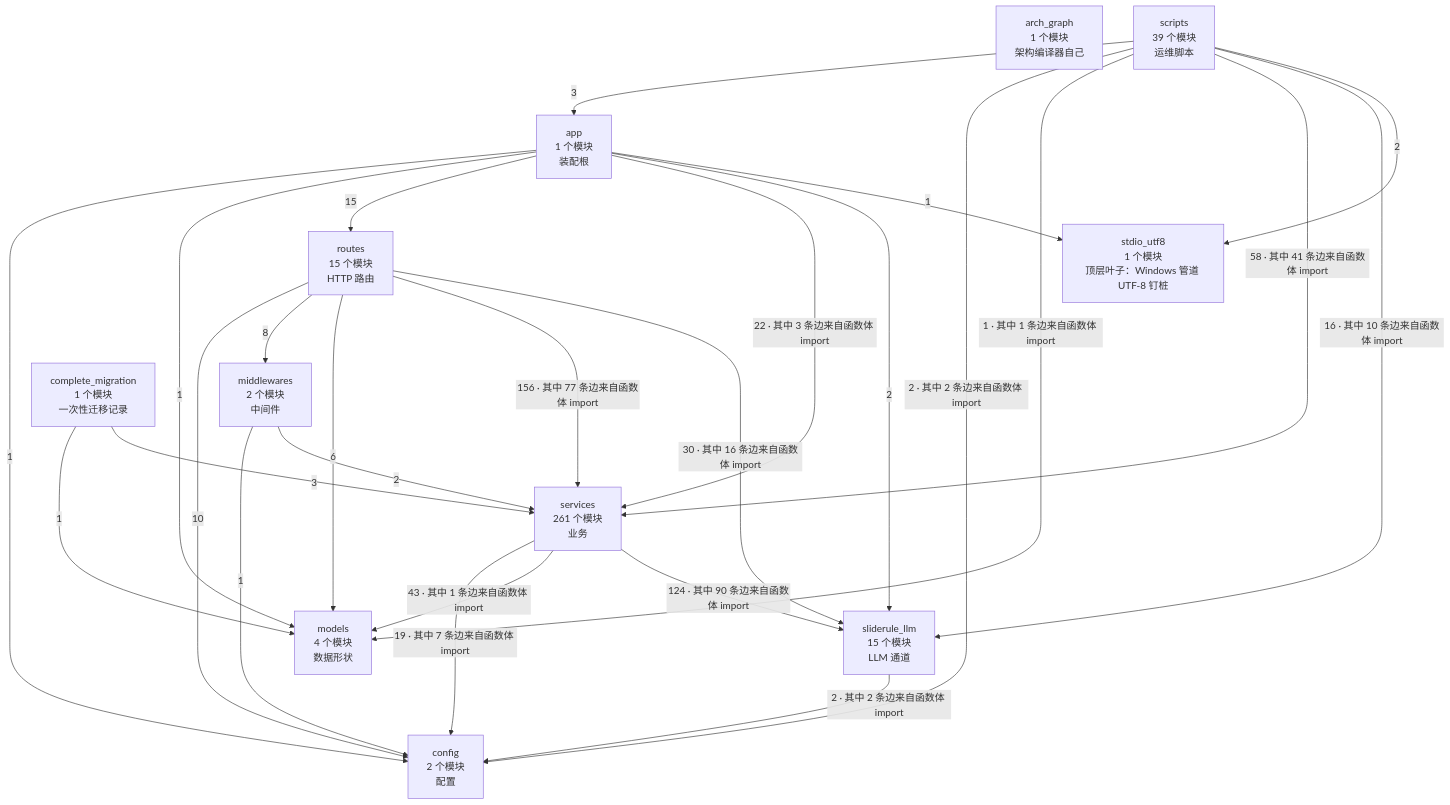
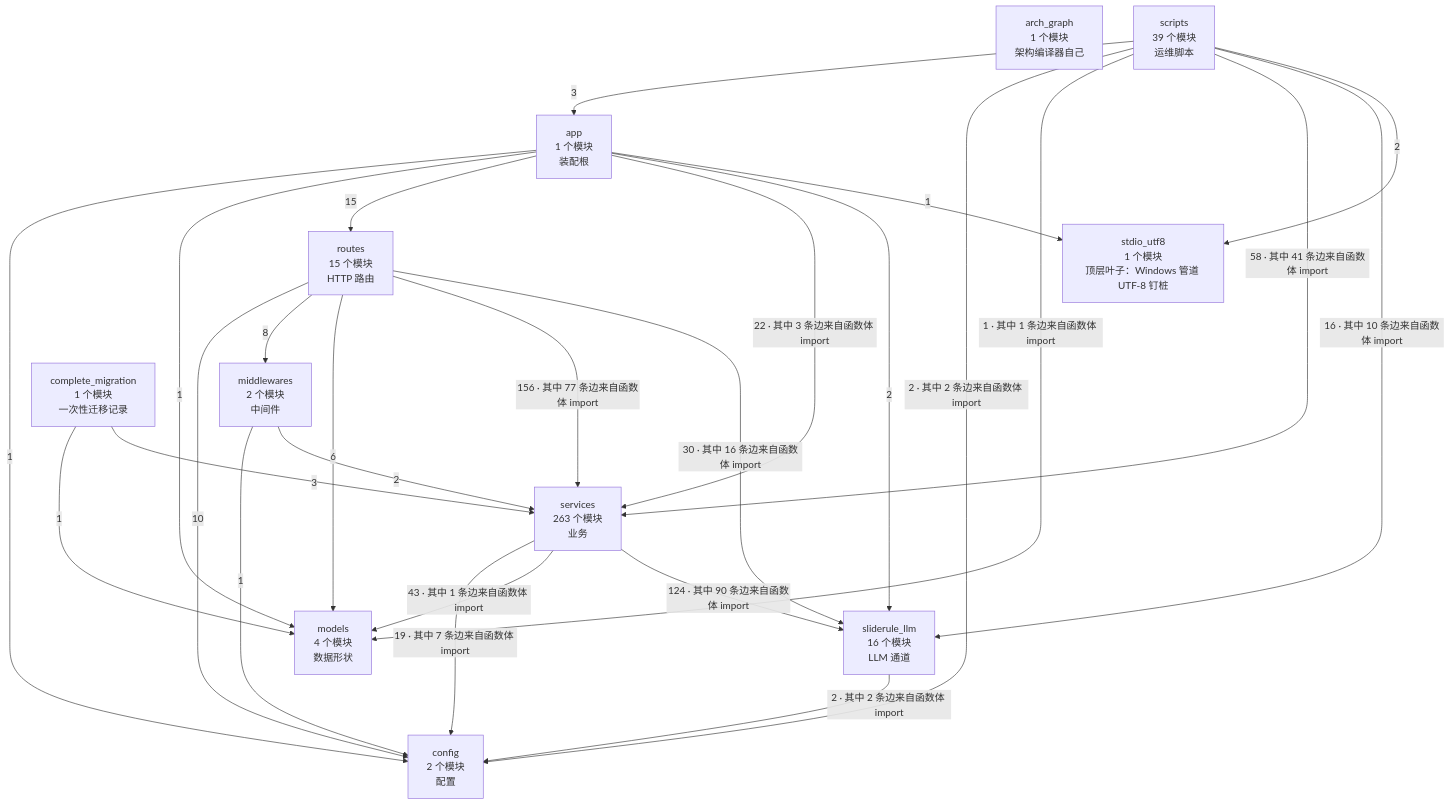
The second of 4 diagrams in docs/SlideRule V6.2 架构图（自动生成）.md (2686521696/WhyBuddy), drawn with Mermaid before and after one commit. The commit also changed other lines of this file and 91 other files, not shown here.

````diff
--- a/docs/SlideRule V6.2 架构图（自动生成）.md
+++ b/docs/SlideRule V6.2 架构图（自动生成）.md
@@ -62,39 +62,39 @@
 ```mermaid
 flowchart TB
   arch_graph["arch_graph<br/>1 个模块<br/>架构编译器自己"]
   config["config<br/>2 个模块<br/>配置"]
   models["models<br/>4 个模块<br/>数据形状"]
   stdio_utf8["stdio_utf8<br/>1 个模块<br/>顶层叶子：Windows 管道 UTF-8 钉桩"]
-  sliderule_llm["sliderule_llm<br/>15 个模块<br/>LLM 通道"]
+  sliderule_llm["sliderule_llm<br/>16 个模块<br/>LLM 通道"]
   middlewares["middlewares<br/>2 个模块<br/>中间件"]
-  services["services<br/>261 个模块<br/>业务"]
+  services["services<br/>263 个模块<br/>业务"]
   routes["routes<br/>15 个模块<br/>HTTP 路由"]
   app["app<br/>1 个模块<br/>装配根"]
   complete_migration["complete_migration<br/>1 个模块<br/>一次性迁移记录"]
   scripts["scripts<br/>39 个模块<br/>运维脚本"]
   app -->|1| config
   app -->|1| models
   app -->|15| routes
   app -->|22 · 其中 3 条边来自函数体 import| services
   app -->|2| sliderule_llm
   app -->|1| stdio_utf8
   complete_migration -->|1| models
   complete_migration -->|3| services
   middlewares -->|1| config
   middlewares -->|2| services
   routes -->|10| config
   routes -->|8| middlewares
   routes -->|6| models
   routes -->|156 · 其中 77 条边来自函数体 import| services
   routes -->|30 · 其中 16 条边来自函数体 import| sliderule_llm
   scripts -->|3| app
   scripts -->|2 · 其中 2 条边来自函数体 import| config
   scripts -->|1 · 其中 1 条边来自函数体 import| models
   scripts -->|58 · 其中 41 条边来自函数体 import| services
   scripts -->|16 · 其中 10 条边来自函数体 import| sliderule_llm
   scripts -->|2| stdio_utf8
   services -->|19 · 其中 7 条边来自函数体 import| config
   services -->|43 · 其中 1 条边来自函数体 import| models
   services -->|124 · 其中 90 条边来自函数体 import| sliderule_llm
   sliderule_llm -->|2 · 其中 2 条边来自函数体 import| config
 ```
````
